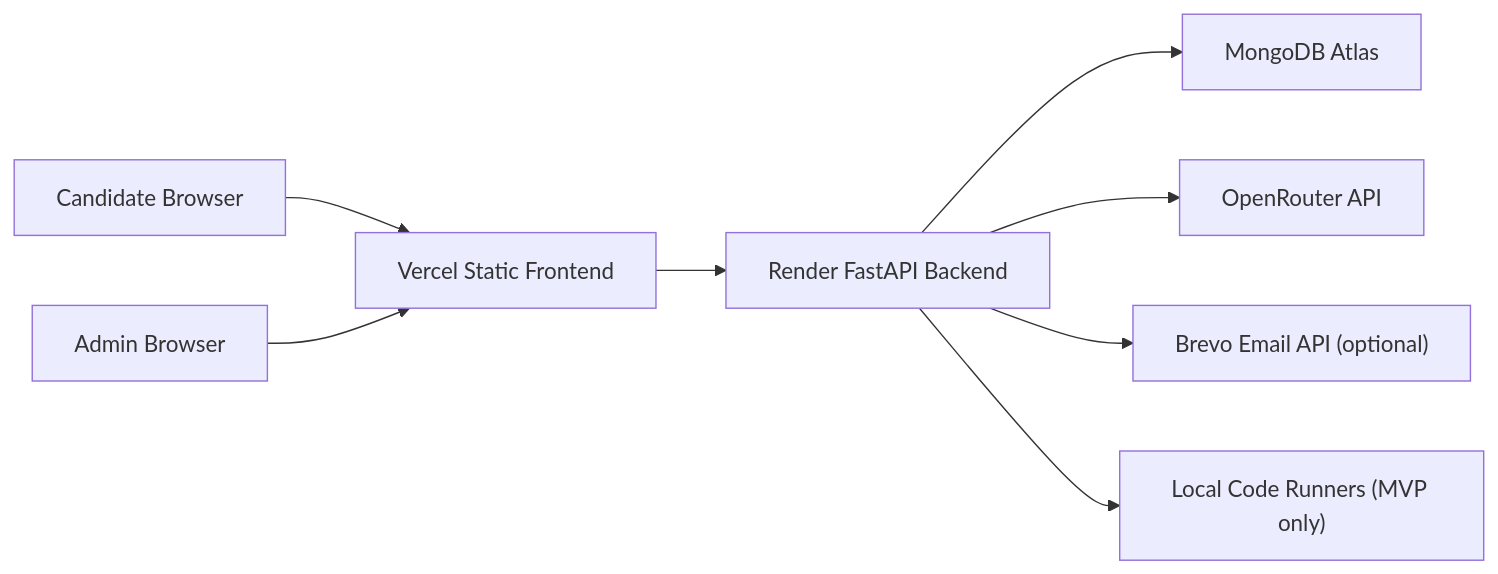
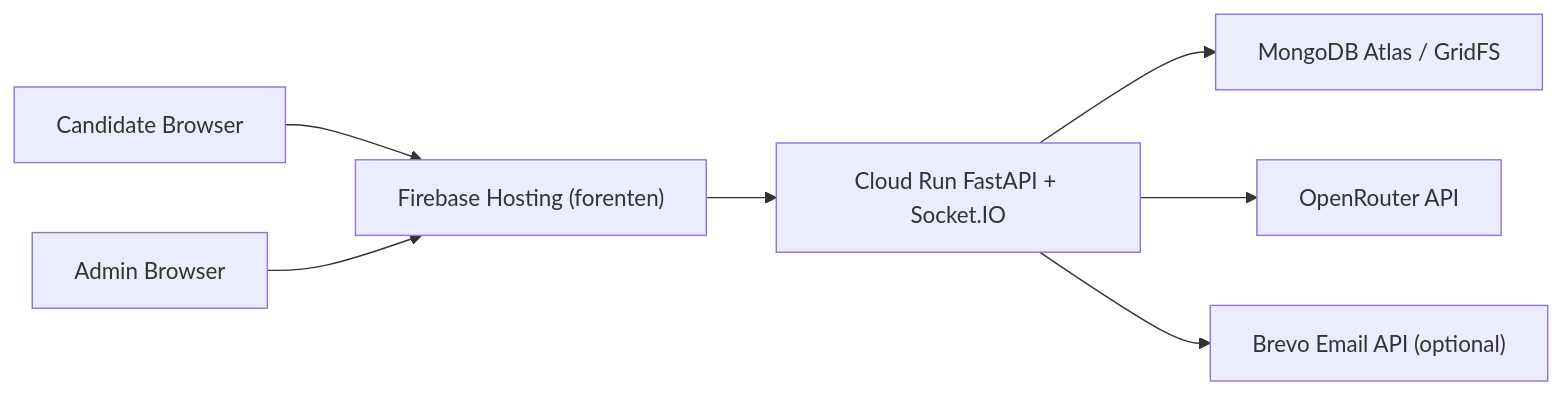
One commit to SriRamkunamsetty/AI_Interview changed the diagram in DEPLOYMENT.md. Above: the diagram before and after it, drawn with Mermaid. The commit also changed other lines of this file and 10 other files, not shown here.

````diff
--- a/DEPLOYMENT.md
+++ b/DEPLOYMENT.md
@@ -14,10 +12,9 @@
 ```mermaid
 flowchart LR
-  Candidate["Candidate Browser"] --> Vercel["Vercel Static Frontend"]
-  Admin["Admin Browser"] --> Vercel
-  Vercel --> Render["Render FastAPI Backend"]
-  Render --> Mongo["MongoDB Atlas"]
-  Render --> OpenRouter["OpenRouter API"]
-  Render --> Brevo["Brevo Email API (optional)"]
-  Render --> Runner["Local Code Runners (MVP only)"]
+  Candidate["Candidate Browser"] --> Firebase["Firebase Hosting (forenten)"]
+  Admin["Admin Browser"] --> Firebase
+  Firebase --> CloudRun["Cloud Run FastAPI + Socket.IO"]
+  CloudRun --> Mongo["MongoDB Atlas / GridFS"]
+  CloudRun --> OpenRouter["OpenRouter API"]
+  CloudRun --> Brevo["Brevo Email API (optional)"]
 ```
````
